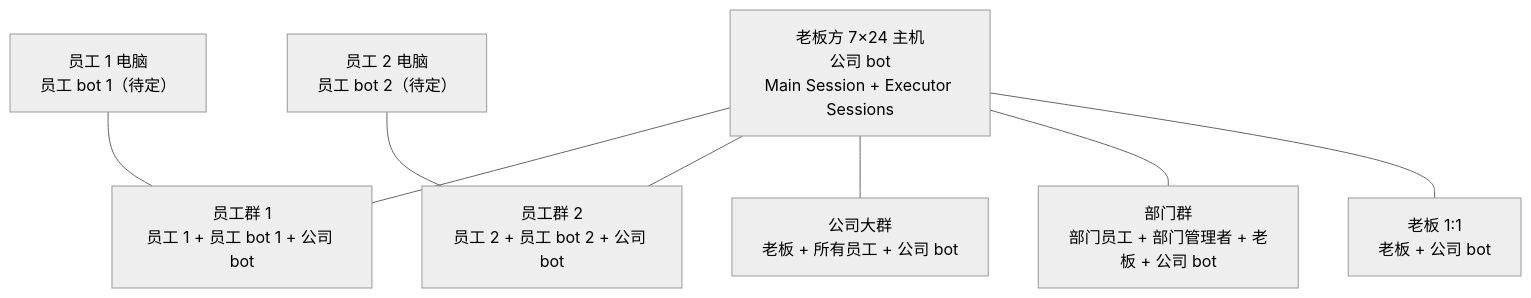
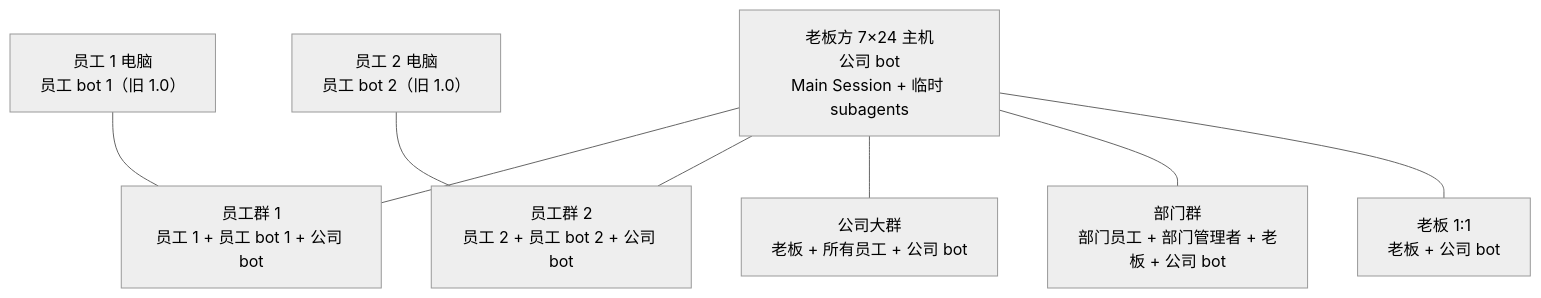
The first of 2 diagrams in docs/FUTURE-DESIGN.md (GoldenTellus/workbuddy-anc), drawn with Mermaid (neutral theme) before and after one commit. The commit also changed other lines of this file and 4 other files, not shown here.

````diff
--- a/docs/FUTURE-DESIGN.md
+++ b/docs/FUTURE-DESIGN.md
@@ -178,20 +178,20 @@
 ```mermaid
 flowchart TB
-  HOST["老板方 7×24 主机<br/>公司 bot<br/>Main Session + Executor Sessions"]
-  PC1["员工 1 电脑<br/>员工 bot 1（待定）"]
-  PC2["员工 2 电脑<br/>员工 bot 2（待定）"]
+  HOST["老板方 7×24 主机<br/>公司 bot<br/>Main Session + 临时 subagents"]
+  PC1["员工 1 电脑<br/>员工 bot 1（旧 1.0）"]
+  PC2["员工 2 电脑<br/>员工 bot 2（旧 1.0）"]
 
   G1["员工群 1<br/>员工 1 + 员工 bot 1 + 公司 bot"]
   G2["员工群 2<br/>员工 2 + 员工 bot 2 + 公司 bot"]
   G3["公司大群<br/>老板 + 所有员工 + 公司 bot"]
   G4["部门群<br/>部门员工 + 部门管理者 + 老板 + 公司 bot"]
   D1["老板 1:1<br/>老板 + 公司 bot"]
 
   HOST --- G1
   HOST --- G2
   HOST --- G3
   HOST --- G4
   HOST --- D1
   PC1 --- G1
   PC2 --- G2
 ```
````
